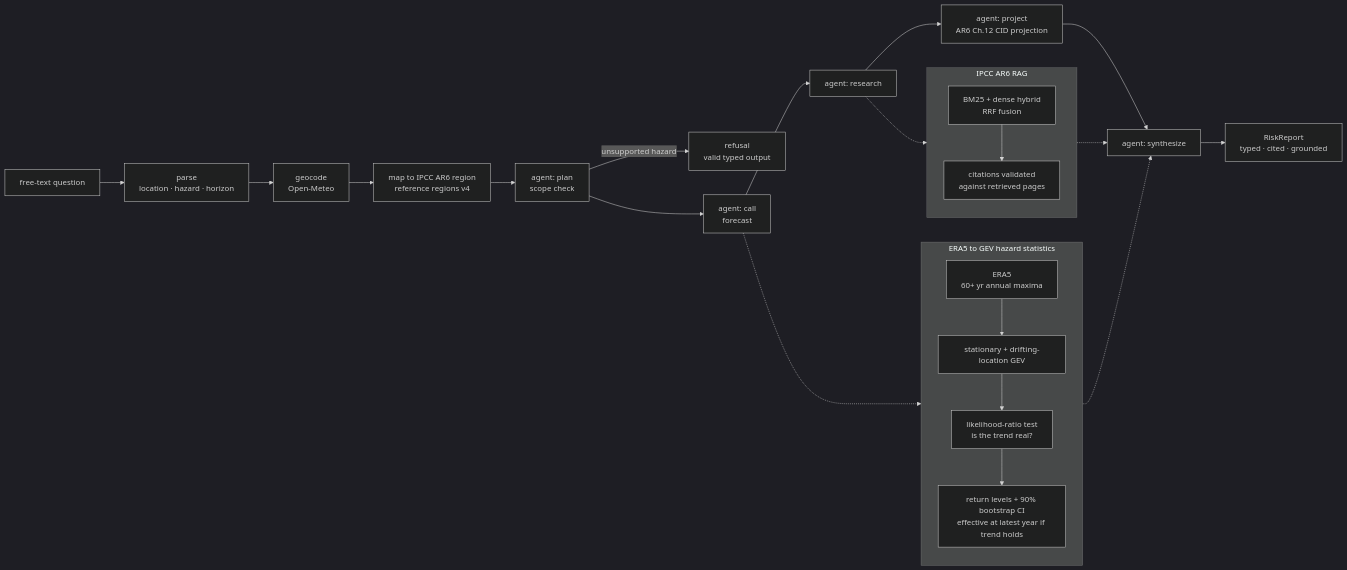
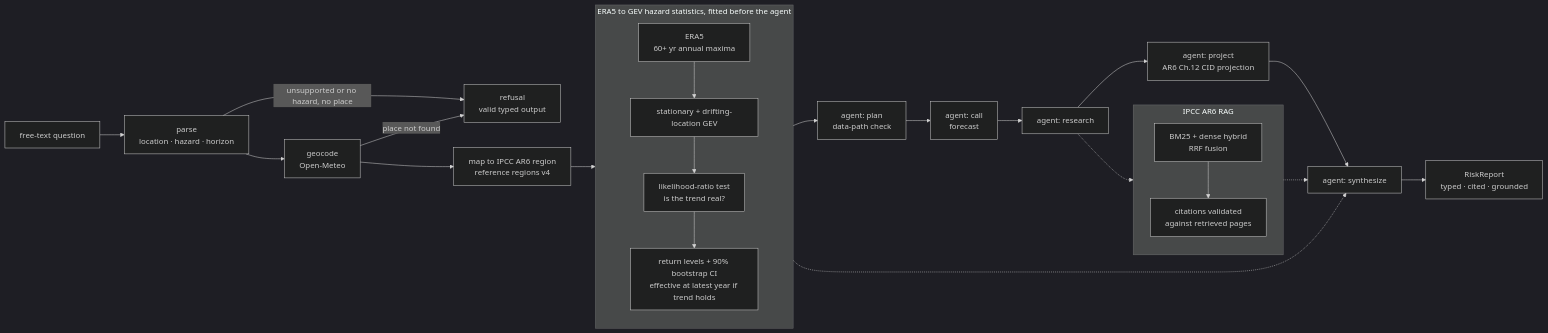
Before and after one commit to AswaniSahoo/climate-risk-agent: the diagram in README.md, drawn with Mermaid (dark theme). The commit also changed other lines of this file and 10 other files, not shown here.

````diff
--- a/README.md
+++ b/README.md
@@ -42,27 +42,28 @@
 ```mermaid
 flowchart LR
     Q[free-text question] --> PARSE[parse<br/>location · hazard · horizon]
+    PARSE -->|unsupported or no hazard, no place| REFUSE[refusal<br/>valid typed output]
     PARSE --> GEO[geocode<br/>Open-Meteo]
+    GEO -->|place not found| REFUSE
     GEO --> REGION[map to IPCC AR6 region<br/>reference regions v4]
-    REGION --> PLAN[agent: plan<br/>scope check]
-    PLAN -->|unsupported hazard| REFUSE[refusal<br/>valid typed output]
-    PLAN --> CALL[agent: call<br/>forecast]
+    PLAN[agent: plan<br/>data-path check] --> CALL[agent: call<br/>forecast]
     CALL --> RESEARCH[agent: research]
     RESEARCH --> PROJECT[agent: project<br/>AR6 Ch.12 CID projection]
     PROJECT --> SYNTH[agent: synthesize]
     SYNTH --> REPORT[RiskReport<br/>typed · cited · grounded]
 
-    subgraph HAZARD [ERA5 to GEV hazard statistics]
+    subgraph HAZARD [ERA5 to GEV hazard statistics, fitted before the agent]
         ERA5[ERA5<br/>60+ yr annual maxima] --> GEV[stationary + drifting-location GEV]
         GEV --> LRT[likelihood-ratio test<br/>is the trend real?]
         LRT --> LEVELS[return levels + 90% bootstrap CI<br/>effective at latest year if trend holds]
     end
-    CALL -.-> HAZARD
+    REGION --> HAZARD
+    HAZARD --> PLAN
     HAZARD -.-> SYNTH
 
     subgraph RAG [IPCC AR6 RAG]
         HYBRID[BM25 + dense hybrid<br/>RRF fusion] --> VALID[citations validated<br/>against retrieved pages]
     end
     RESEARCH -.-> RAG
     RAG -.-> SYNTH
 ```
````
